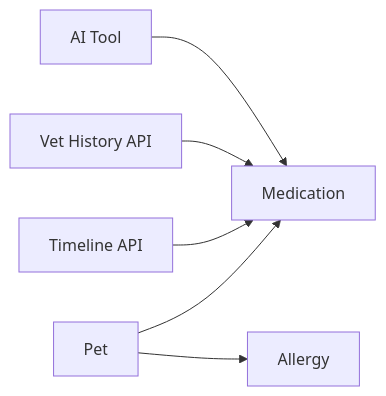
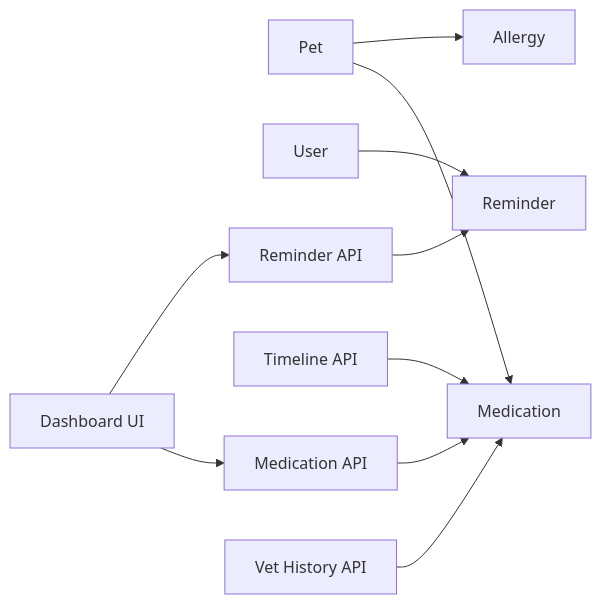
The seventh of 7 diagrams in .qoder/repowiki/en/content/Pet Health Management/Medication Management.md (Javeria-Javaid/ai-powered-pet-healthcare-ecosystem), drawn with Mermaid before and after one commit. The commit also changed other lines of this file and 45 other files, not shown here.

````diff
--- a/.qoder/repowiki/en/content/Pet Health Management/Medication Management.md
+++ b/.qoder/repowiki/en/content/Pet Health Management/Medication Management.md
@@ -242,8 +356,12 @@
 ```mermaid
 graph LR
 Pet["Pet"] --> Medication["Medication"]
 Pet --> Allergy["Allergy"]
+User["User"] --> Reminder["Reminder"]
+MedAPI["Medication API"] --> Medication
 Timeline["Timeline API"] --> Medication
+RemindAPI["Reminder API"] --> Reminder
 VetHist["Vet History API"] --> Medication
-AI["AI Tool"] --> Medication
+Dashboard["Dashboard UI"] --> MedAPI
+Dashboard --> RemindAPI
 ```
````
